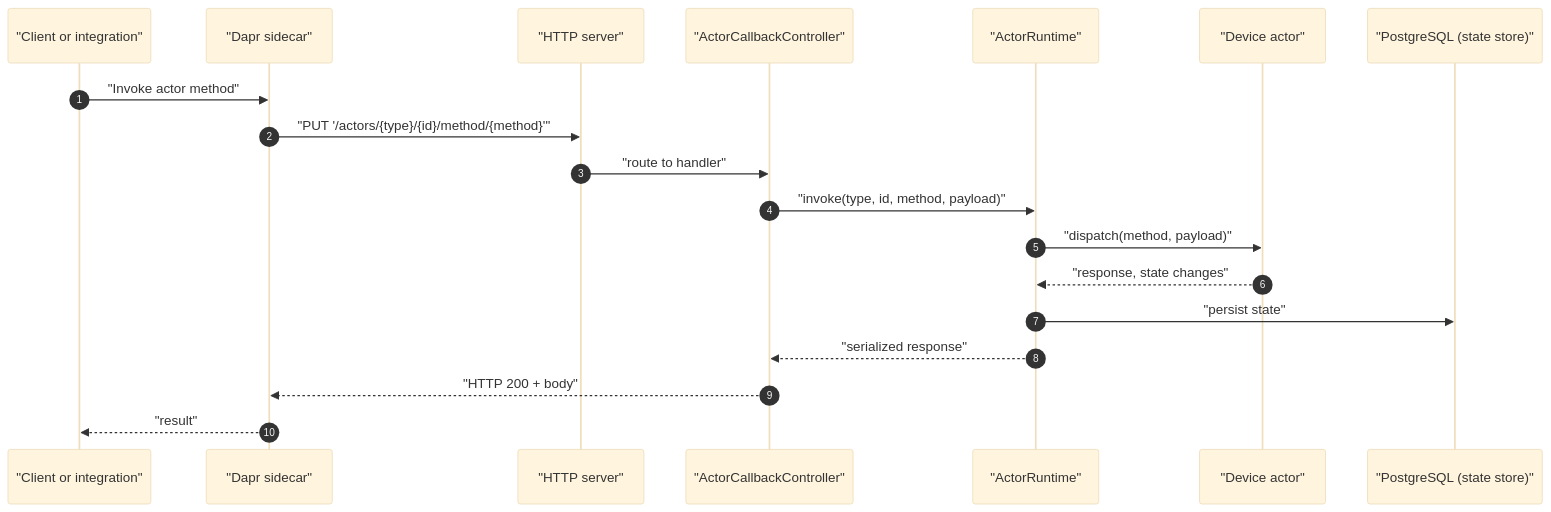
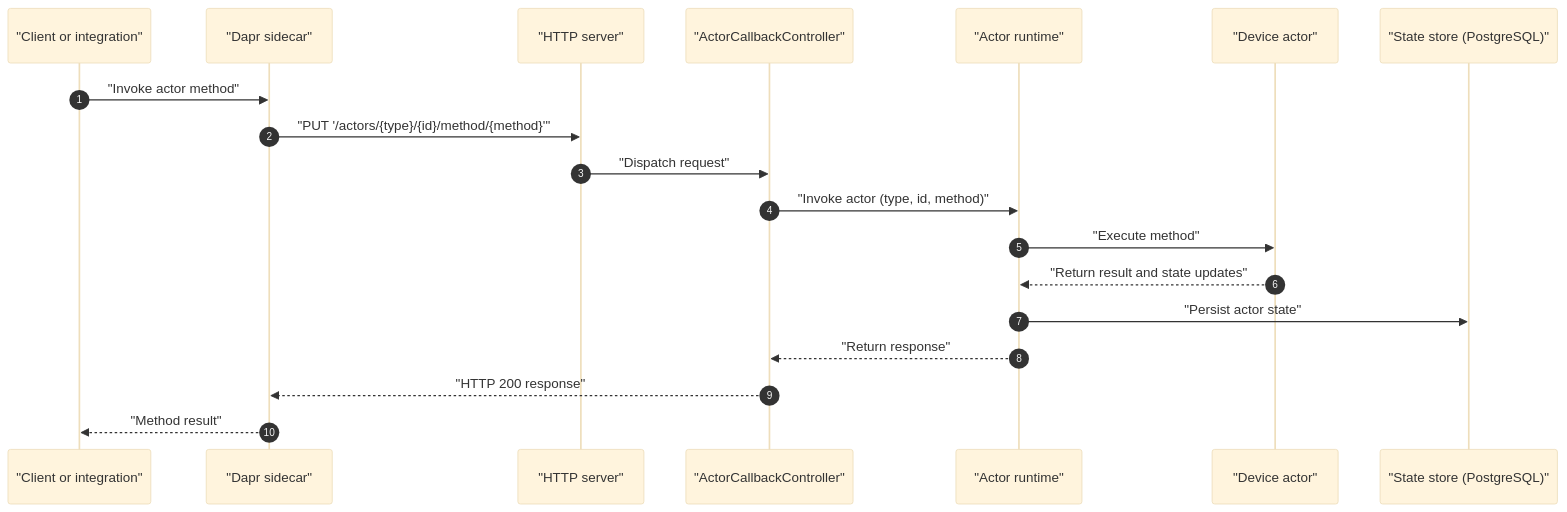
The second of 2 diagrams in app/command-orchestrator/architecture/README.md (sbhrwl/microservices), drawn with Mermaid (base theme) before and after one commit. The commit also changed other lines of this file, not shown here.

````diff
--- a/app/command-orchestrator/architecture/README.md
+++ b/app/command-orchestrator/architecture/README.md
@@ -68,22 +79,22 @@
 ```mermaid
 sequenceDiagram
   autonumber
   participant C as "Client or integration"
-  participant S as "Dapr sidecar"
+  participant D as "Dapr sidecar"
   participant H as "HTTP server"
   participant Ctl as "ActorCallbackController"
-  participant R as "ActorRuntime"
+  participant R as "Actor runtime"
   participant A as "Device actor"
-  participant DB as "PostgreSQL (state store)"
+  participant S as "State store (PostgreSQL)"
 
-  C->>S: "Invoke actor method"
-  S->>H: "PUT '/actors/{type}/{id}/method/{method}'"
-  H->>Ctl: "route to handler"
-  Ctl->>R: "invoke(type, id, method, payload)"
-  R->>A: "dispatch(method, payload)"
-  A-->>R: "response, state changes"
-  R->>DB: "persist state"
-  R-->>Ctl: "serialized response"
-  Ctl-->>S: "HTTP 200 + body"
-  S-->>C: "result"
+  C->>D: "Invoke actor method"
+  D->>H: "PUT '/actors/{type}/{id}/method/{method}'"
+  H->>Ctl: "Dispatch request"
+  Ctl->>R: "Invoke actor (type, id, method)"
+  R->>A: "Execute method"
+  A-->>R: "Return result and state updates"
+  R->>S: "Persist actor state"
+  R-->>Ctl: "Return response"
+  Ctl-->>D: "HTTP 200 response"
+  D-->>C: "Method result"
 ```
````
